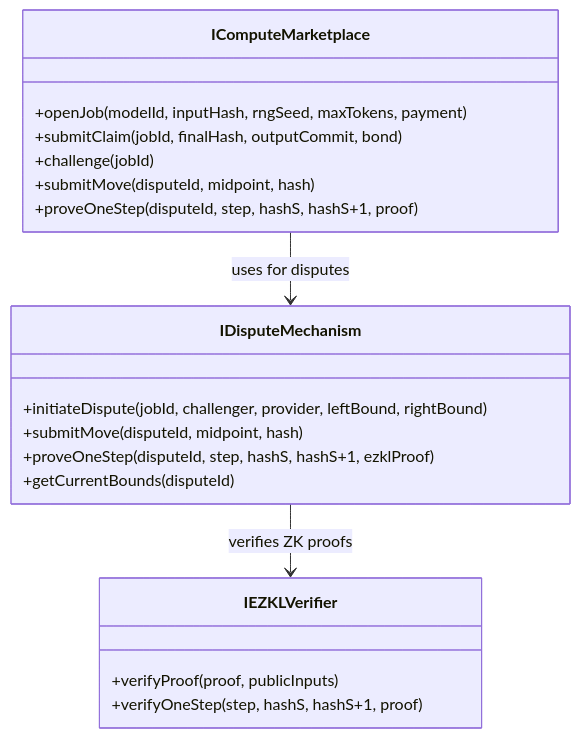
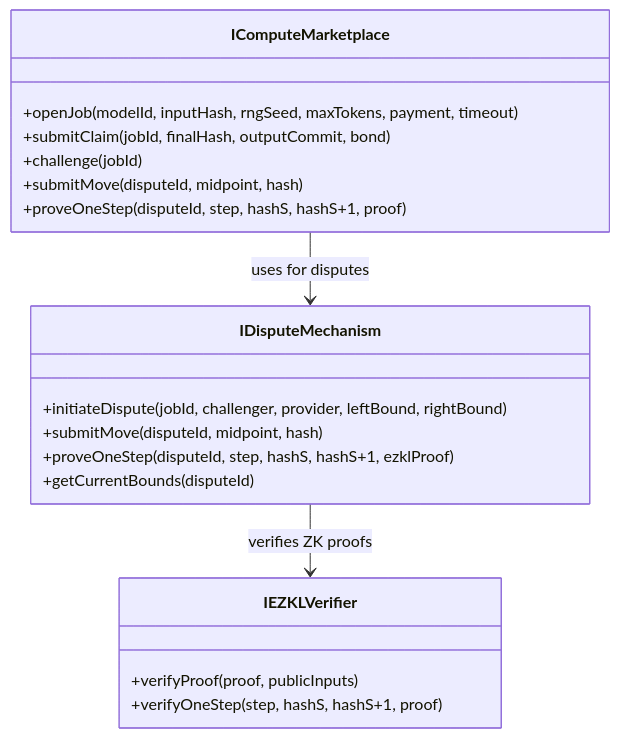
The second of 5 diagrams in protocol_architecture.md (Inference-xyz/protocol), drawn with Mermaid before and after one commit. The commit also changed other lines of this file and 1 other file, not shown here.

````diff
--- a/protocol_architecture.md
+++ b/protocol_architecture.md
@@ -58,25 +58,25 @@
 ```mermaid
 classDiagram
     class IComputeMarketplace {
-        +openJob(modelId, inputHash, rngSeed, maxTokens, payment)
+        +openJob(modelId, inputHash, rngSeed, maxTokens, payment, timeout)
         +submitClaim(jobId, finalHash, outputCommit, bond)
         +challenge(jobId)
         +submitMove(disputeId, midpoint, hash)
         +proveOneStep(disputeId, step, hashS, hashS+1, proof)
     }
     
     class IDisputeMechanism {
         +initiateDispute(jobId, challenger, provider, leftBound, rightBound)
         +submitMove(disputeId, midpoint, hash)
         +proveOneStep(disputeId, step, hashS, hashS+1, ezklProof)
         +getCurrentBounds(disputeId)
     }
     
     class IEZKLVerifier {
         +verifyProof(proof, publicInputs)
         +verifyOneStep(step, hashS, hashS+1, proof)
     }
     
     IComputeMarketplace --> IDisputeMechanism : uses for disputes
     IDisputeMechanism --> IEZKLVerifier : verifies ZK proofs
 ```
````
